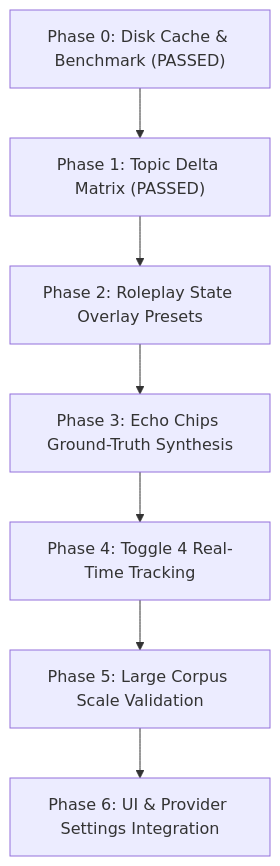
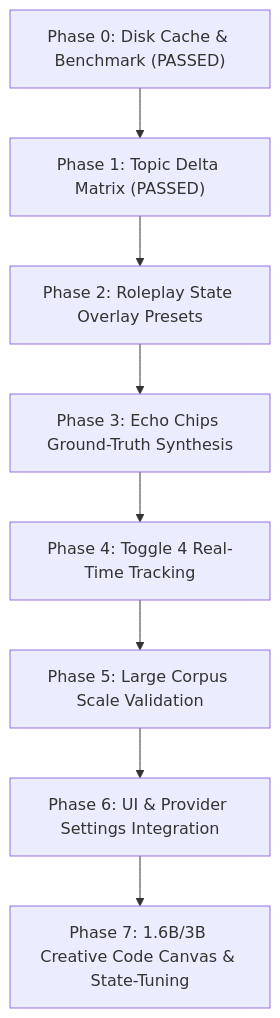
The diagram in docs/project-rwkv-cleanroom-harness-plan.md (gg582/airi), drawn with Mermaid before and after one commit. The commit also changed other lines of this file and 1 other file, not shown here.

Commit message:
docs(rwkv): add proposal for generative code painting and phase 7 cleanroom harness

````diff
--- a/docs/project-rwkv-cleanroom-harness-plan.md
+++ b/docs/project-rwkv-cleanroom-harness-plan.md
@@ -81,9 +82,10 @@
 ```mermaid
 graph TD
     P0["Phase 0: Disk Cache & Benchmark (PASSED)"] --> P1["Phase 1: Topic Delta Matrix (PASSED)"]
     P1 --> P2["Phase 2: Roleplay State Overlay Presets"]
     P2 --> P3["Phase 3: Echo Chips Ground-Truth Synthesis"]
     P3 --> P4["Phase 4: Toggle 4 Real-Time Tracking"]
     P4 --> P5["Phase 5: Large Corpus Scale Validation"]
     P5 --> P6["Phase 6: UI & Provider Settings Integration"]
+    P6 --> P7["Phase 7: 1.6B/3B Creative Code Canvas & State-Tuning"]
 ```
````
